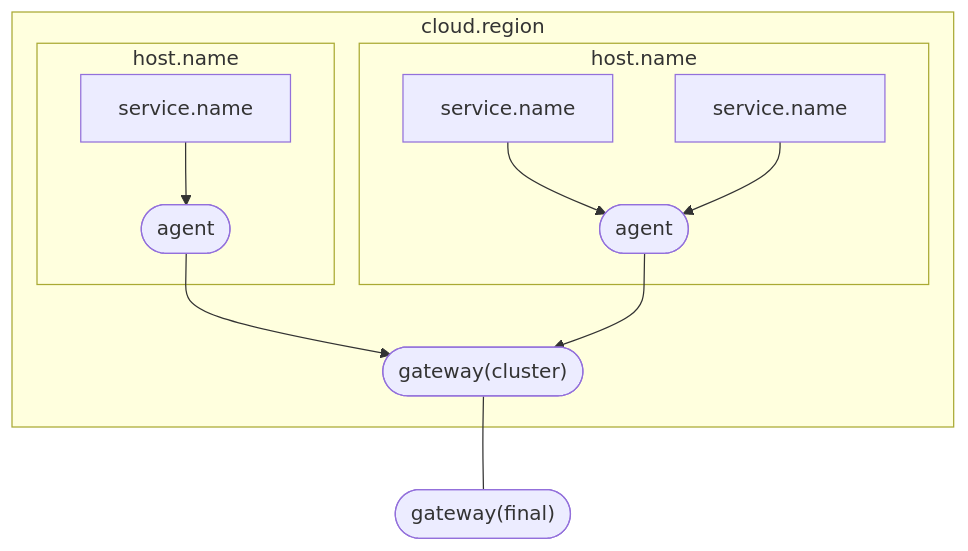
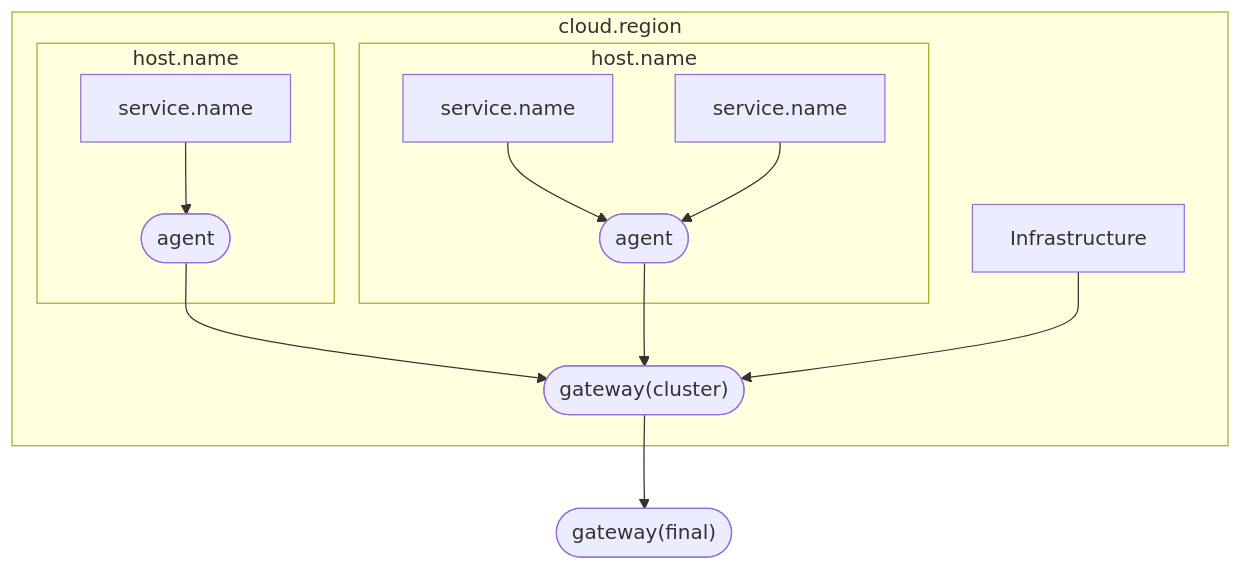
Before and after one commit to ZJUSCT/obs: the diagram in README.md, drawn with Mermaid. The commit also changed other lines of this file and 2 other files, not shown here.

Commit message:
update: readme.md

````diff
--- a/README.md
+++ b/README.md
@@ -61,24 +61,24 @@
 ```mermaid
 flowchart TD
  subgraph s1["cloud.region"]
-  n1(["agent"])
-  subgraph s3["host.name"]
-   n7(["agent"])
-   
-   n6["service.name"]
-  end
-  subgraph s2["host.name"]
-   n5["service.name"]
-   n4(["agent"])
-   n2["service.name"]
-  end
-  
+    n8["Infrastructure"]
+    n1(["agent"])
+    subgraph s3["host.name"]
+     n7(["agent"])
+     n6["service.name"]
+    end
+    subgraph s2["host.name"]
+     n5["service.name"]
+     n4(["agent"])
+     n2["service.name"]
+    end
  end
  n3(["gateway"])
  n5 --> n4
  n2 --> n4
  n6 --> n7
  n7 --> n1
  n4 --> n1(["gateway"])
- n1(["gateway(cluster)"]) --- n3(["gateway(final)"])
+ n1(["gateway(cluster)"]) --> n3(["gateway(final)"])
+ n8["Infrastructure"] --> n1
 ```
````
